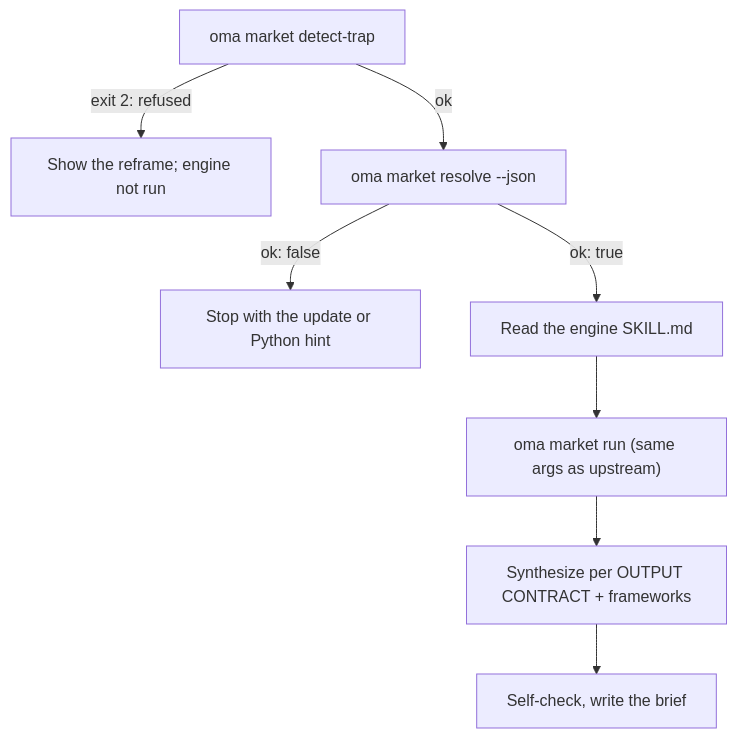
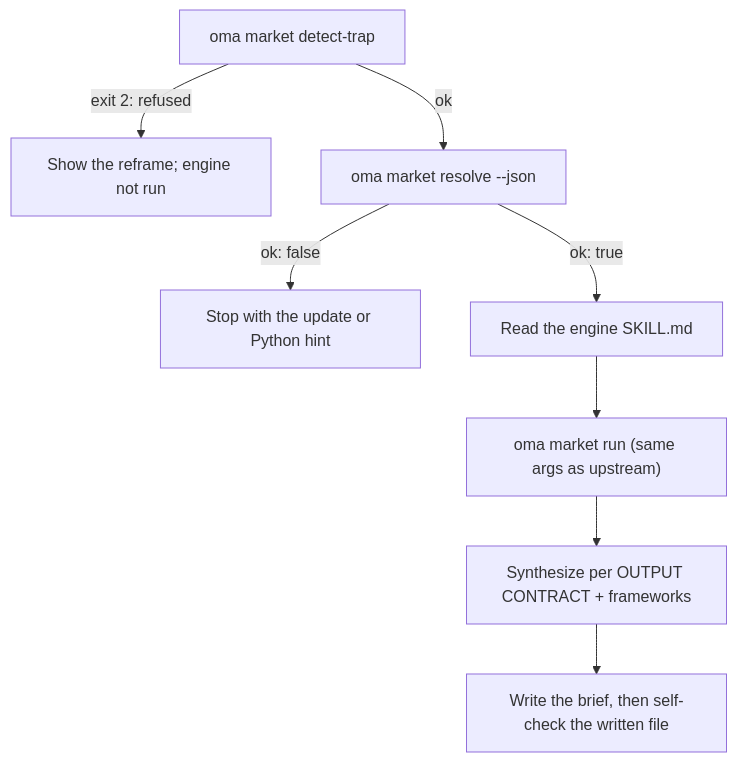
One commit to first-fluke/oh-my-agent changed the diagram in web/docs/guide/market-research.md. Above: the diagram before and after it, drawn with Mermaid. The commit also changed other lines of this file and 22 other files, not shown here.

````diff
--- a/web/docs/guide/market-research.md
+++ b/web/docs/guide/market-research.md
@@ -89,10 +89,10 @@
 ```mermaid
 flowchart TD
   trap["oma market detect-trap"] -->|"exit 2: refused"| reframe["Show the reframe; engine not run"]
   trap -->|ok| resolve["oma market resolve --json"]
   resolve -->|"ok: false"| stopNode["Stop with the update or Python hint"]
   resolve -->|"ok: true"| contract["Read the engine SKILL.md"]
   contract --> run["oma market run (same args as upstream)"]
   run --> synth["Synthesize per OUTPUT CONTRACT + frameworks"]
-  synth --> check["Self-check, write the brief"]
+  synth --> check["Write the brief, then self-check the written file"]
 ```
````
